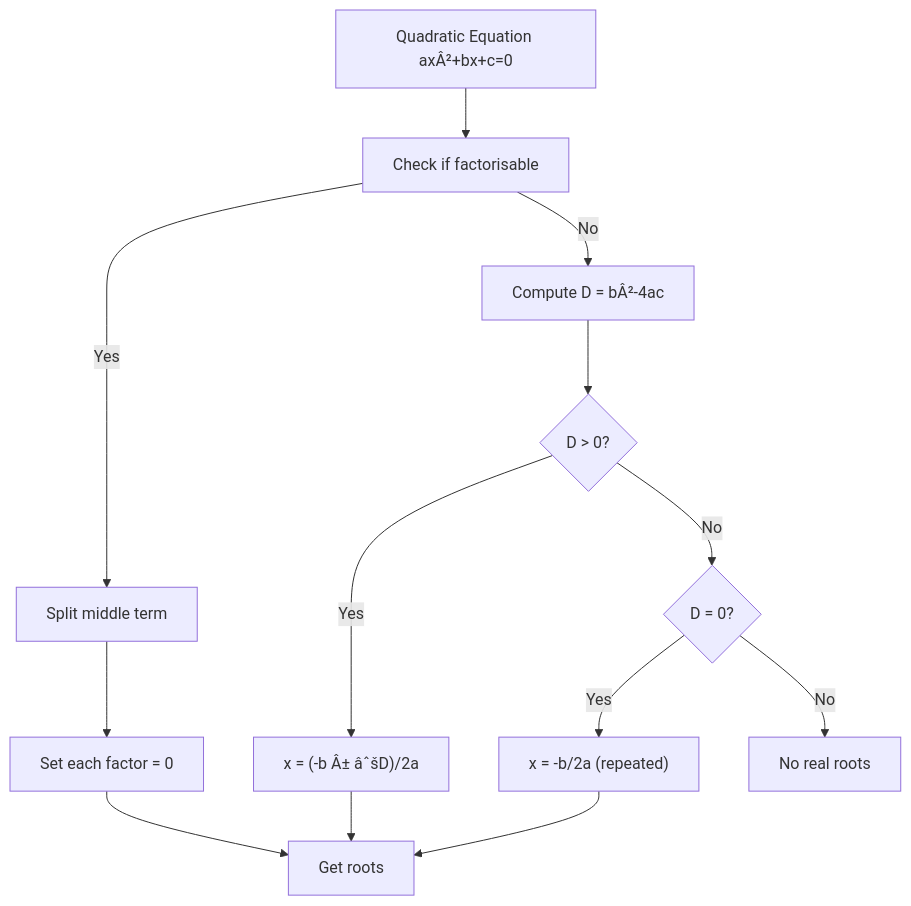
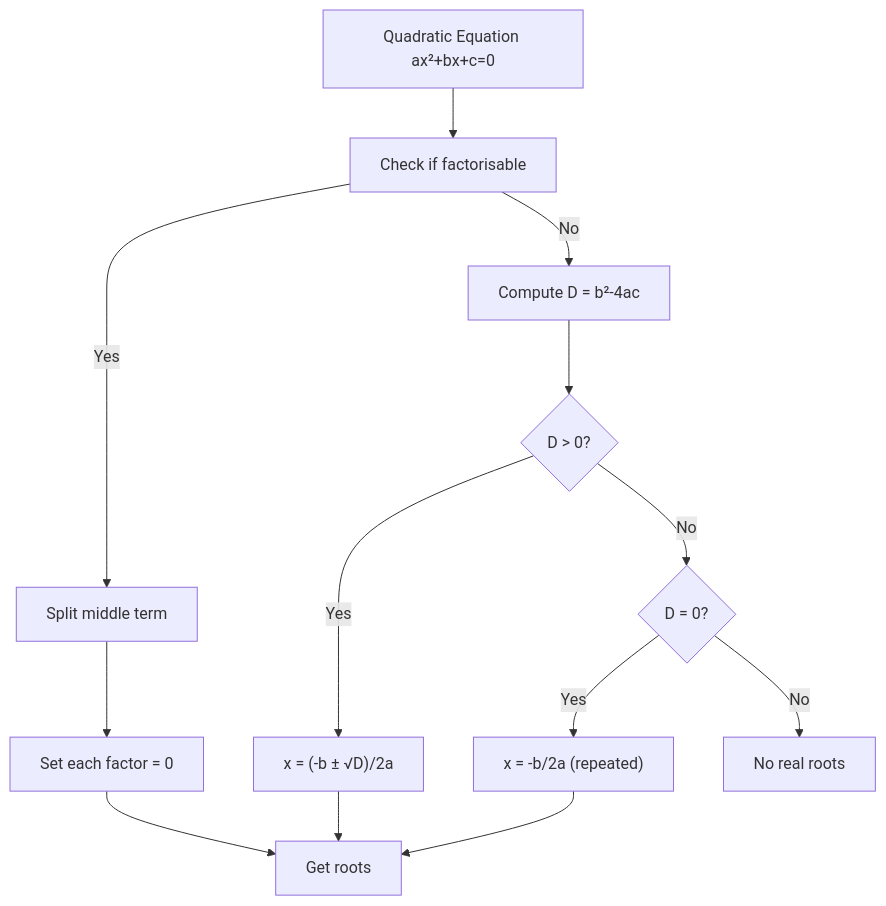
One commit to Raushan666java/ai-engineering-journey changed the first of 8 diagrams in docs/courses/quantitative-aptitude/05-quadratic-equations-simplification.md. Above: the diagram before and after it, drawn with Mermaid. The commit also changed other lines of this file and 965 other files, not shown here.

````diff
--- a/docs/courses/quantitative-aptitude/05-quadratic-equations-simplification.md
+++ b/docs/courses/quantitative-aptitude/05-quadratic-equations-simplification.md
@@ -185,15 +185,15 @@
 ```mermaid
 flowchart TD
-    A["Quadratic Equation axÂ²+bx+c=0"] --> B["Check if factorisable"]
+    A["Quadratic Equation ax²+bx+c=0"] --> B["Check if factorisable"]
     B -->|"Yes"| C["Split middle term"]
     C --> D["Set each factor = 0"]
     D --> E["Get roots"]
-    B -->|"No"| F["Compute D = bÂ²-4ac"]
+    B -->|"No"| F["Compute D = b²-4ac"]
     F --> G{"D > 0?"}
-    G -->|"Yes"| H["x = (-b Â± âˆšD)/2a"]
+    G -->|"Yes"| H["x = (-b ± √D)/2a"]
     G -->|"No"| I{"D = 0?"}
     I -->|"Yes"| J["x = -b/2a (repeated)"]
     I -->|"No"| K["No real roots"]
     H --> E
     J --> E
 ```
````
